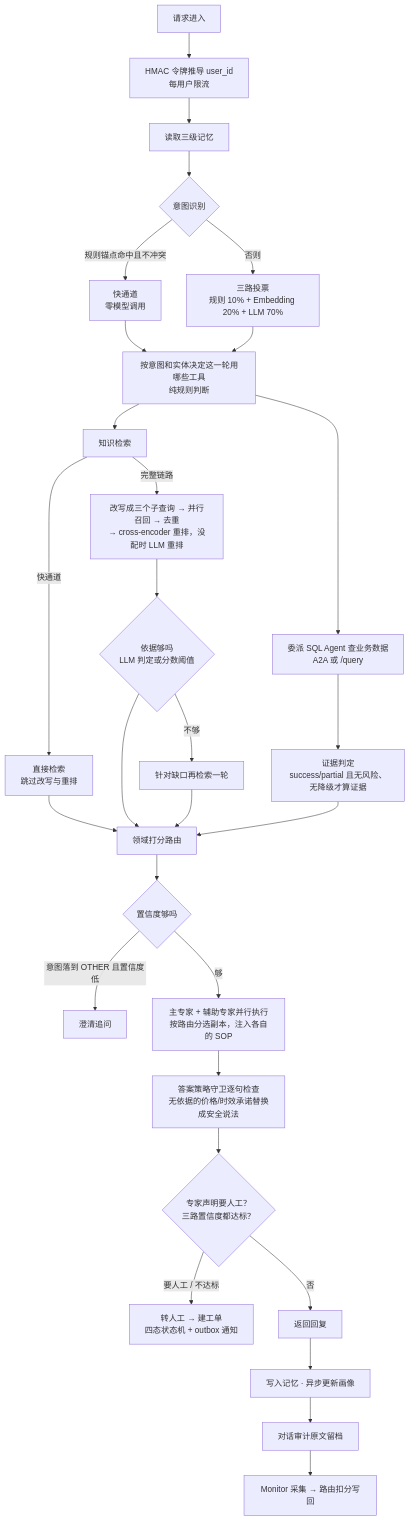
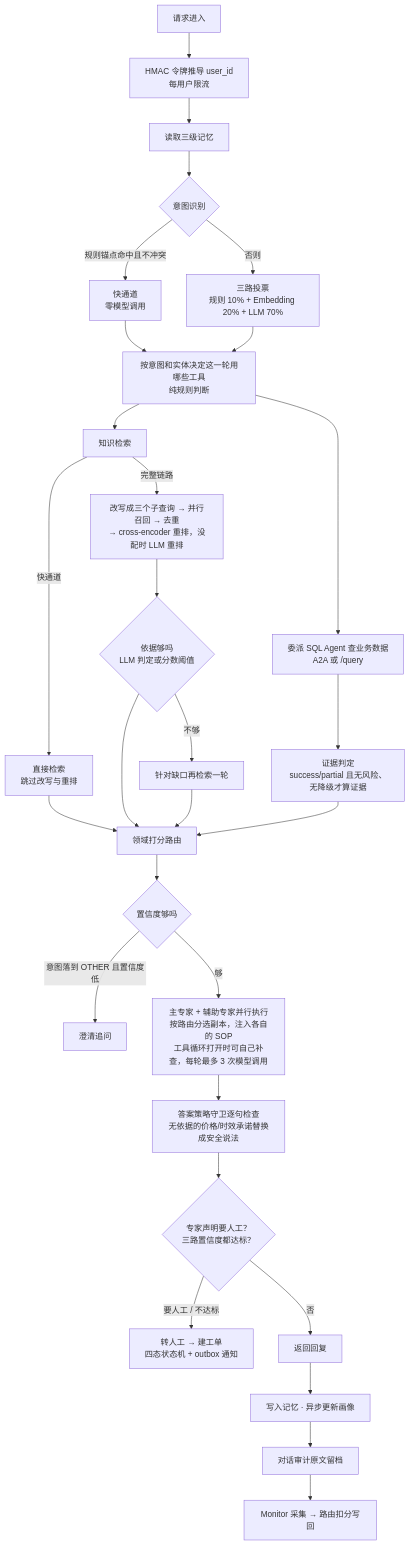
The second of 6 diagrams in docs/architecture.md (heyemlee/ai-helpdesk), drawn with Mermaid before and after one commit. The commit also changed other lines of this file and 8 other files, not shown here.

````diff
--- a/docs/architecture.md
+++ b/docs/architecture.md
@@ -38,28 +38,28 @@
 ```mermaid
 flowchart TD
     A[请求进入] --> A2[HMAC 令牌推导 user_id<br/>每用户限流]
     A2 --> B[读取三级记忆]
     B --> C{意图识别}
     C -->|规则锚点命中且不冲突| D[快通道<br/>零模型调用]
     C -->|否则| E[三路投票<br/>规则 10% + Embedding 20% + LLM 70%]
     D --> F[按意图和实体决定这一轮用哪些工具<br/>纯规则判断]
     E --> F
     F --> G[知识检索]
     F --> W[委派 SQL Agent 查业务数据<br/>A2A 或 /query]
     G -->|快通道| G1[直接检索<br/>跳过改写与重排]
     G -->|完整链路| G2[改写成三个子查询 → 并行召回 → 去重<br/>→ cross-encoder 重排，没配时 LLM 重排]
     G2 --> G3{依据够吗<br/>LLM 判定或分数阈值}
     G3 -->|不够| G4[针对缺口再检索一轮]
     W --> W1[证据判定<br/>success/partial 且无风险、无降级才算证据]
     G1 & G3 & G4 & W1 --> J[领域打分路由]
     J --> K{置信度够吗}
     K -->|意图落到 OTHER 且置信度低| L[澄清追问]
-    K -->|够| M[主专家 + 辅助专家并行执行<br/>按路由分选副本，注入各自的 SOP]
+    K -->|够| M[主专家 + 辅助专家并行执行<br/>按路由分选副本，注入各自的 SOP<br/>工具循环打开时可自己补查，每轮最多 3 次模型调用]
     M --> N[答案策略守卫逐句检查<br/>无依据的价格/时效承诺替换成安全说法]
     N --> O{专家声明要人工？<br/>三路置信度都达标？}
     O -->|要人工 / 不达标| P[转人工 → 建工单<br/>四态状态机 + outbox 通知]
     O -->|否| Q[返回回复]
     Q --> S[写入记忆 · 异步更新画像]
     S --> S2[对话审计原文留档]
     S2 --> T[Monitor 采集 → 路由扣分写回]
 ```
````
